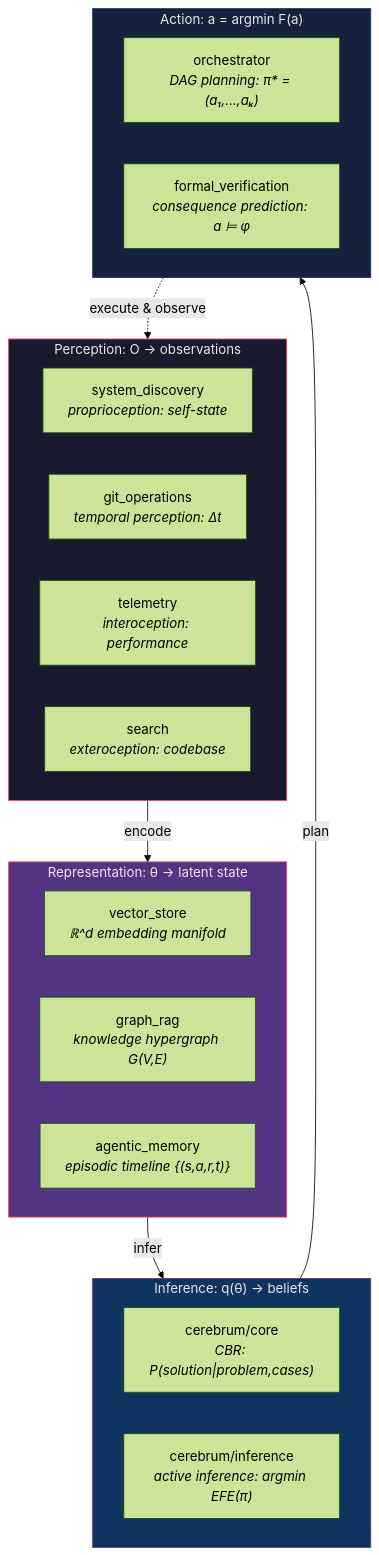
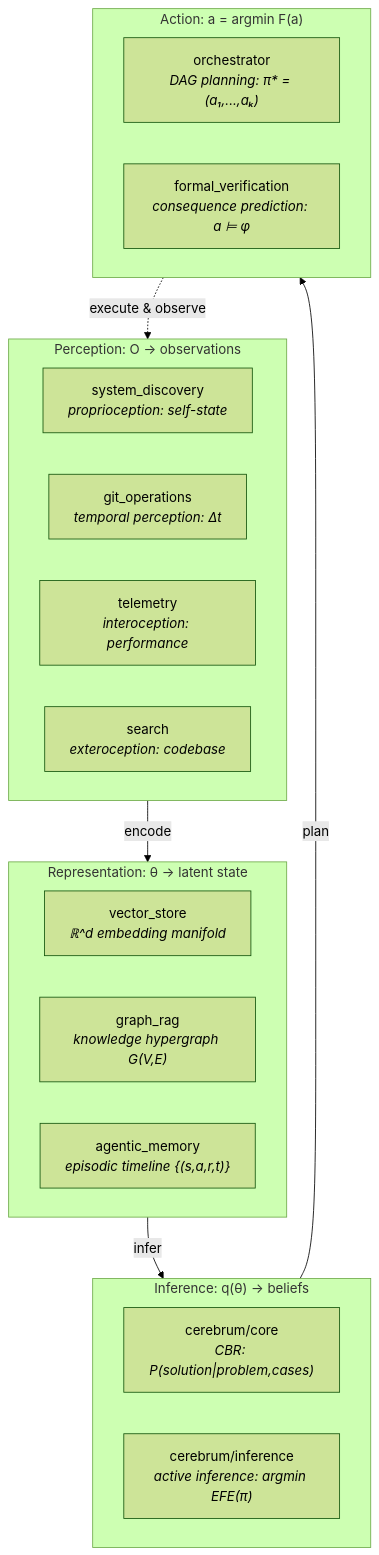
One commit to docxology/codomyrmex changed the first of 2 diagrams in docs/agi/world_models.md. Above: the diagram before and after it, drawn with Mermaid (forest theme). The commit also changed other lines of this file and 86 other files, not shown here.

````diff
--- a/docs/agi/world_models.md
+++ b/docs/agi/world_models.md
@@ -17,35 +17,30 @@
 ```mermaid
 graph TB
     subgraph PERCEPTION["Perception: O → observations"]
         SD["system_discovery<br/><i>proprioception: self-state</i>"]
         GIT["git_operations<br/><i>temporal perception: Δt</i>"]
         TELEM["telemetry<br/><i>interoception: performance</i>"]
         SEARCH["search<br/><i>exteroception: codebase</i>"]
     end
 
     subgraph REPRESENTATION["Representation: θ → latent state"]
         VEC["vector_store<br/><i>ℝ^d embedding manifold</i>"]
         GRAPH["graph_rag<br/><i>knowledge hypergraph G(V,E)</i>"]
         AMEM["agentic_memory<br/><i>episodic timeline {(s,a,r,t)}</i>"]
     end
 
     subgraph INFERENCE["Inference: q(θ) → beliefs"]
         CEREB["cerebrum/core<br/><i>CBR: P(solution|problem,cases)</i>"]
         ACT_INF["cerebrum/inference<br/><i>active inference: argmin EFE(π)</i>"]
     end
 
     subgraph ACTION["Action: a = argmin F(a)"]
         ORCH["orchestrator<br/><i>DAG planning: π* = (a₁,...,aₖ)</i>"]
         FORMAL["formal_verification<br/><i>consequence prediction: a ⊨ φ</i>"]
     end
 
     PERCEPTION -->|"encode"| REPRESENTATION
     REPRESENTATION -->|"infer"| INFERENCE
     INFERENCE -->|"plan"| ACTION
     ACTION -.->|"execute & observe"| PERCEPTION
-
-    style PERCEPTION fill:#1a1a2e,stroke:#e94560,color:#e8e8e8
-    style REPRESENTATION fill:#533483,stroke:#e94560,color:#e8e8e8
-    style INFERENCE fill:#0f3460,stroke:#533483,color:#e8e8e8
-    style ACTION fill:#16213e,stroke:#0f3460,color:#e8e8e8
 ```
````
